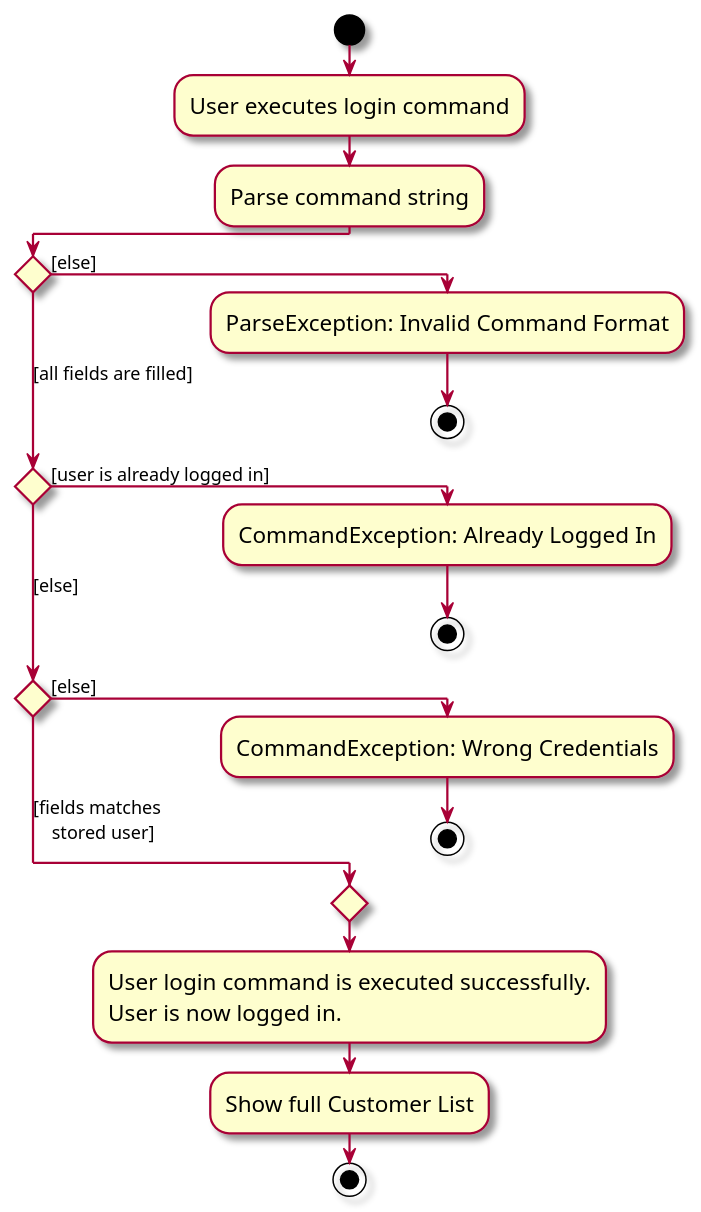
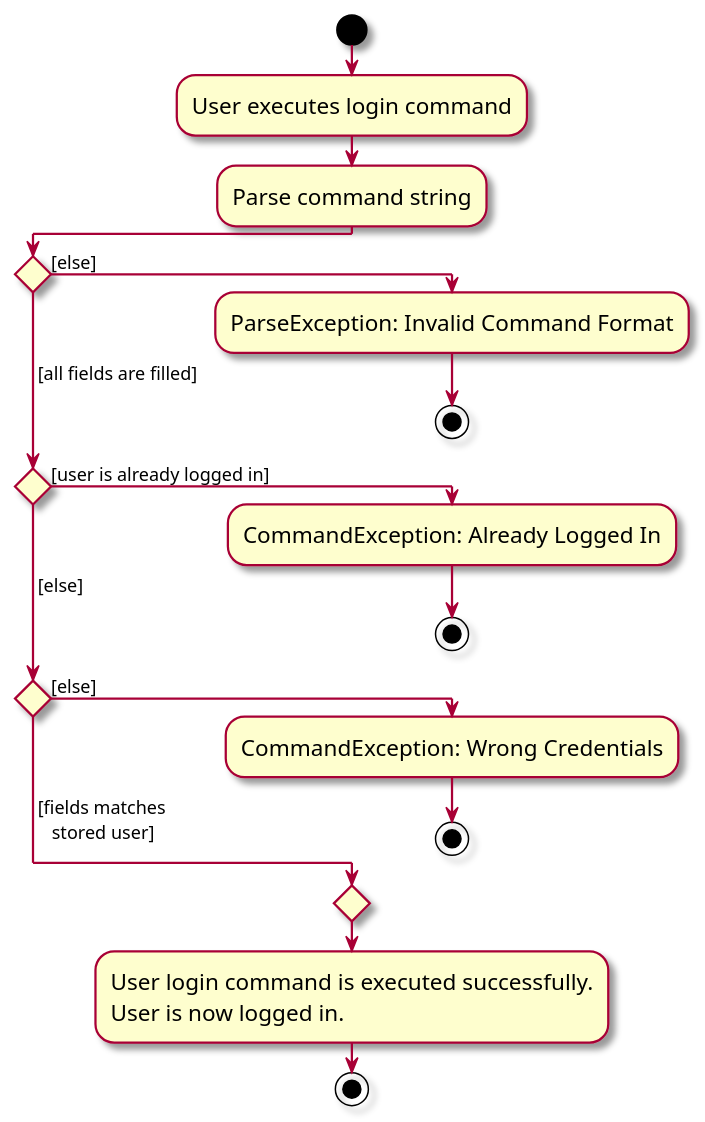
One commit to zhonghan721/tp changed the diagram in diagrams/UserLoginActivityDiagram.puml. Above: the diagram before and after it, drawn with PlantUML. The commit also changed 53 other files, not shown here.

```diff
--- a/diagrams/UserLoginActivityDiagram.puml
+++ b/diagrams/UserLoginActivityDiagram.puml
@@ -1,28 +1,27 @@
 @startuml
 skin rose
 skinparam ActivityFontSize 15
 skinparam ArrowFontSize 12
 !pragma useVerticalIf on
 start
 :User executes login command;
 :Parse command string;
 
 if () then ([else])
     :ParseException: Invalid Command Format;
     stop
-([all fields are filled]) elseif () then ([user is already logged in])
+( [all fields are filled]) elseif () then ([user is already logged in])
     :CommandException: Already Logged In;
     stop
-([else]) elseif () then ([else])
+( [else]) elseif () then ([else])
     :CommandException: Wrong Credentials;
     stop
-else ([fields matches
+else ( [fields matches
     stored user])
 
 endif
 :User login command is executed successfully.
 User is now logged in.;
-:Show full Customer List;
 
 stop
 @enduml
```
